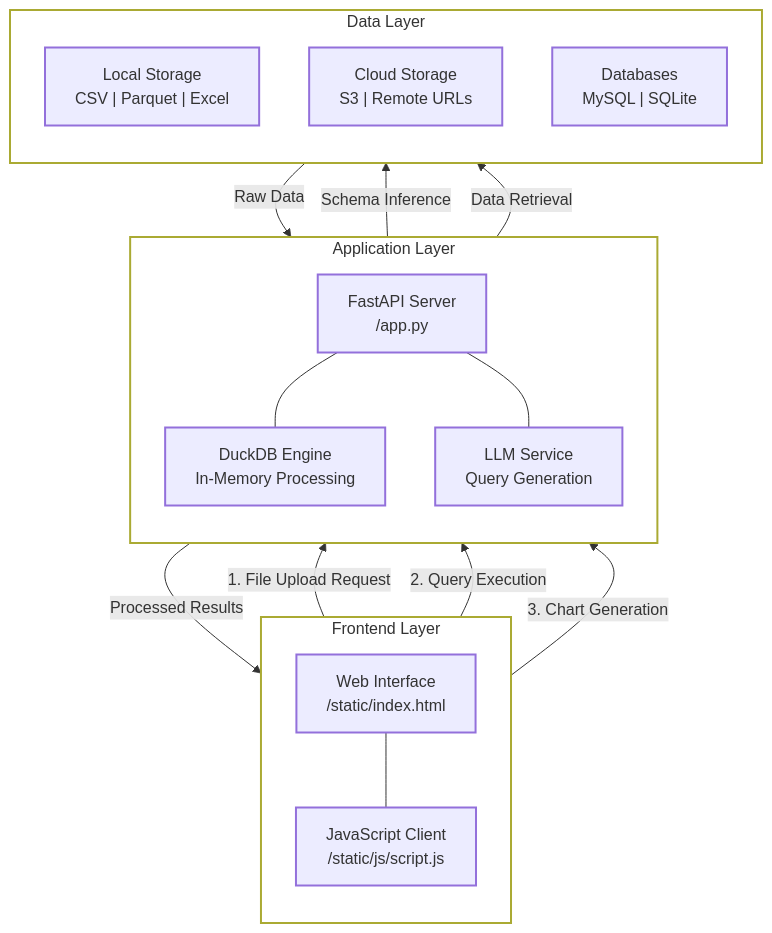
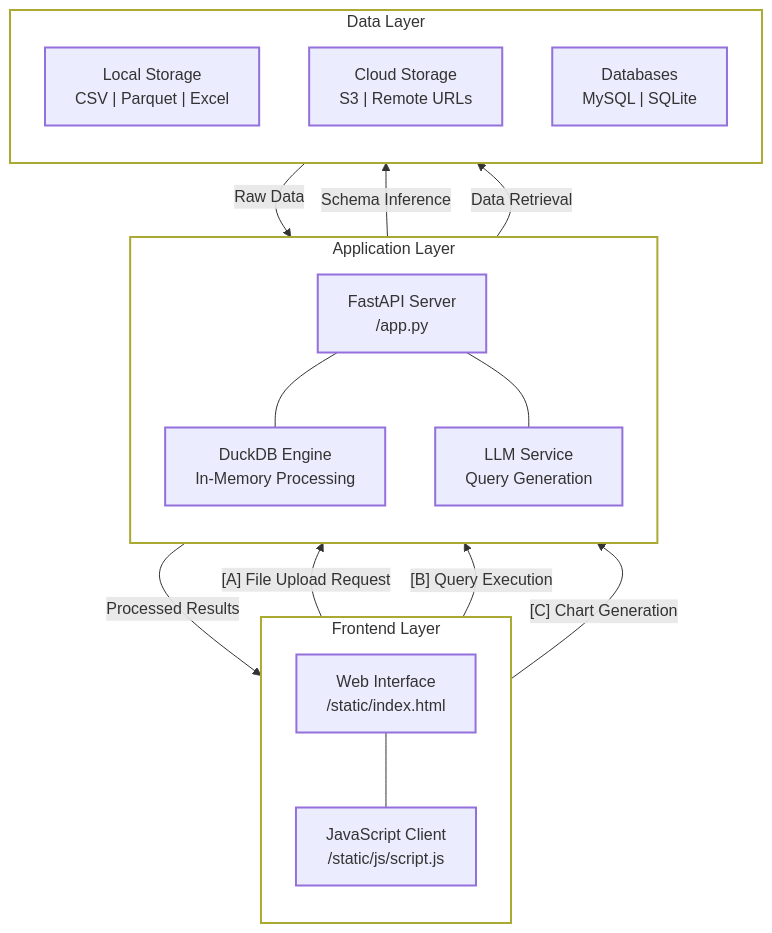
Before and after one commit to gramener/querybot: the diagram in README.md, drawn with Mermaid.

Commit message:
DOC: Update architecute diagram

````diff
--- a/README.md
+++ b/README.md
@@ -23,43 +23,43 @@
 ```mermaid
 flowchart TD
     %% Define subgraphs with better spacing
     subgraph FE["Frontend Layer"]
         direction TB
         UI["Web Interface<br/>/static/index.html"]
         JS["JavaScript Client<br/>/static/js/script.js"]
         UI --- JS
     end
 
     subgraph BE["Application Layer"]
         direction TB
         API["FastAPI Server<br/>/app.py"]
         DuckDB["DuckDB Engine<br/>In-Memory Processing"]
         LLM["LLM Service<br/>Query Generation"]
         API --- DuckDB
         API --- LLM
     end
 
     subgraph DS["Data Layer"]
         direction TB
         Local["Local Storage<br/>CSV | Parquet | Excel"]
         Remote["Cloud Storage<br/>S3 | Remote URLs"]
         DB["Databases<br/>MySQL | SQLite"]
     end
 
     %% Define interactions with better labels
-    FE --> |"1. File Upload Request"| BE
-    FE --> |"2. Query Execution"| BE
-    FE --> |"3. Chart Generation"| BE
+    FE --> |"[A] File Upload Request"| BE
+    FE --> |"[B] Query Execution"| BE
+    FE --> |"[C] Chart Generation"| BE
     
     BE --> |"Schema Inference"| DS
     BE --> |"Data Retrieval"| DS
     
     %% Return flow
     DS --> |"Raw Data"| BE
     BE --> |"Processed Results"| FE
 
     %% Styling
     classDef default font-family:arial,stroke-width:2px
     classDef layer fill:none,stroke-width:2px
     class FE,BE,DS layer
 ```
````
